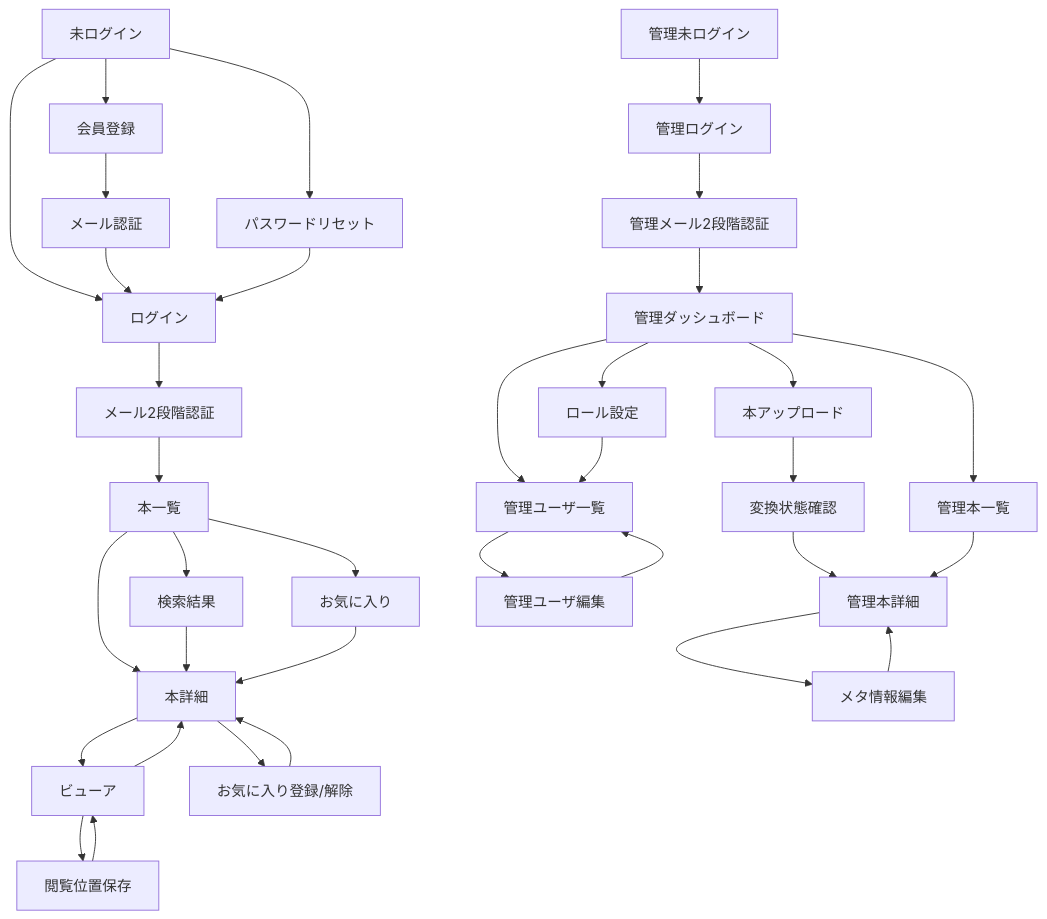
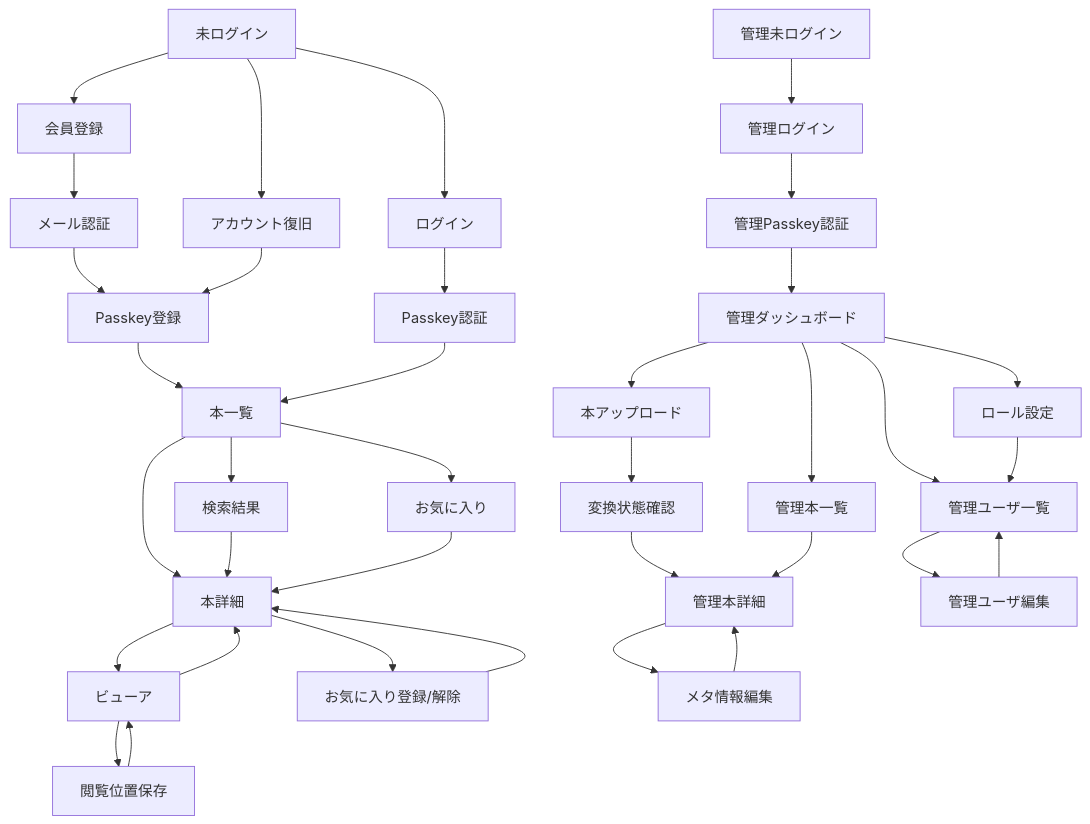
The diagram in doc/04_design/01_ui_flows.md (dommyttdev/book-viewer), drawn with Mermaid before and after one commit. The commit also changed other lines of this file and 20 other files, not shown here.

````diff
--- a/doc/04_design/01_ui_flows.md
+++ b/doc/04_design/01_ui_flows.md
@@ -32,39 +32,40 @@
 ```mermaid
 flowchart TD
   Public[未ログイン] --> Login[ログイン]
   Public --> Register[会員登録]
-  Public --> PasswordReset[パスワードリセット]
+  Public --> AccountRecovery[アカウント復旧]
   Register --> EmailVerify[メール認証]
-  EmailVerify --> Login
-  Login --> Login2fa[メール2段階認証]
-  Login2fa --> BookList[本一覧]
-  PasswordReset --> Login
+  EmailVerify --> PasskeyRegistration[Passkey登録]
+  PasskeyRegistration --> BookList[本一覧]
+  Login --> PasskeyAuth[Passkey認証]
+  PasskeyAuth --> BookList[本一覧]
+  AccountRecovery --> PasskeyRegistration
 
   BookList --> BookDetail[本詳細]
   BookList --> Search[検索結果]
   BookList --> Favorites[お気に入り]
   Search --> BookDetail
   Favorites --> BookDetail
   BookDetail --> Viewer[ビューア]
   BookDetail --> FavoriteToggle[お気に入り登録/解除]
   FavoriteToggle --> BookDetail
   Viewer --> ReadingPosition[閲覧位置保存]
   ReadingPosition --> Viewer
   Viewer --> BookDetail
 
   AdminPublic[管理未ログイン] --> AdminLogin[管理ログイン]
-  AdminLogin --> Admin2fa[管理メール2段階認証]
-  Admin2fa --> AdminDashboard[管理ダッシュボード]
+  AdminLogin --> AdminPasskeyAuth[管理Passkey認証]
+  AdminPasskeyAuth --> AdminDashboard[管理ダッシュボード]
   AdminDashboard --> AdminBookList[管理本一覧]
   AdminDashboard --> Upload[本アップロード]
   AdminDashboard --> AdminUsers[管理ユーザ一覧]
   AdminDashboard --> Roles[ロール設定]
   Upload --> ConversionStatus[変換状態確認]
   ConversionStatus --> AdminBookDetail[管理本詳細]
   AdminBookList --> AdminBookDetail
   AdminBookDetail --> MetadataEdit[メタ情報編集]
   MetadataEdit --> AdminBookDetail
   AdminUsers --> AdminUserEdit[管理ユーザ編集]
   AdminUserEdit --> AdminUsers
   Roles --> AdminUsers
 ```
````
